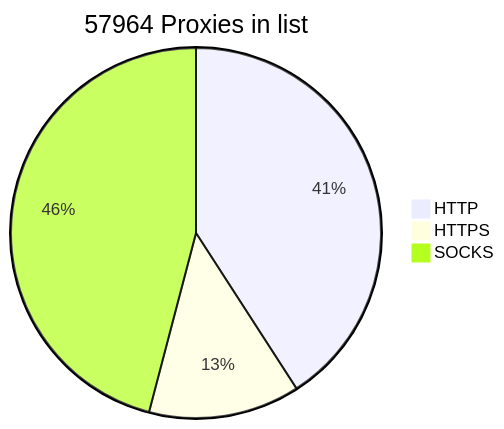
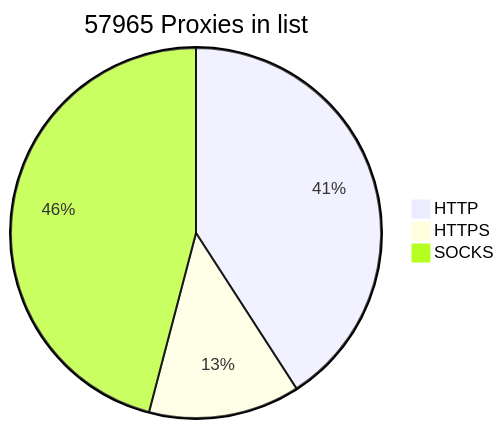
Before and after one commit to BlackSnowDot/proxylist-update-every-minute: the diagram in README.md, drawn with Mermaid.

````diff
--- a/README.md
+++ b/README.md
@@ -2,6 +2,6 @@
 ```mermaid
-pie title 57964 Proxies in list
-    "HTTP" : 26675
+pie title 57965 Proxies in list
+    "HTTP" : 26676
     "HTTPS": 8627
     "SOCKS" : 29968
 ```
````
